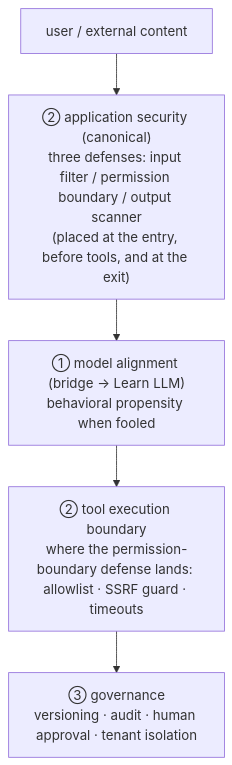
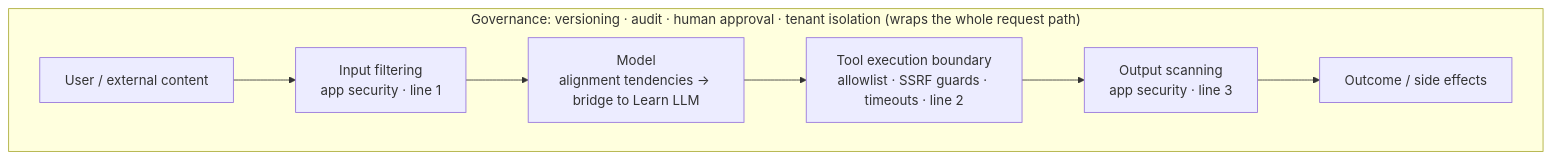
The diagram in docs/tech/08-production/security.md (zenHeart/learn-ai), drawn with Mermaid before and after one commit. The commit also changed other lines of this file and 239 other files, not shown here.

````diff
--- a/docs/tech/08-production/security.md
+++ b/docs/tech/08-production/security.md
@@ -32,7 +32,10 @@
 ```mermaid
 flowchart TB
-    U["user / external content"] --> G1["② application security (canonical)<br/>three defenses: input filter / permission boundary / output scanner<br/>(placed at the entry, before tools, and at the exit)"]
-    G1 --> M["① model alignment (bridge → Learn LLM)<br/>behavioral propensity when fooled"]
-    M --> G2["② tool execution boundary<br/>where the permission-boundary defense lands: allowlist · SSRF guard · timeouts"]
-    G2 --> G3["③ governance<br/>versioning · audit · human approval · tenant isolation"]
+    subgraph GOV["Governance: versioning · audit · human approval · tenant isolation (wraps the whole request path)"]
+        U["User / external content"] --> C1["Input filtering<br/>app security · line 1"]
+        C1 --> M["Model<br/>alignment tendencies → bridge to Learn LLM"]
+        M --> C2["Tool execution boundary<br/>allowlist · SSRF guards · timeouts · line 2"]
+        C2 --> C3["Output scanning<br/>app security · line 3"]
+        C3 --> OUT["Outcome / side effects"]
+    end
 ```
````
